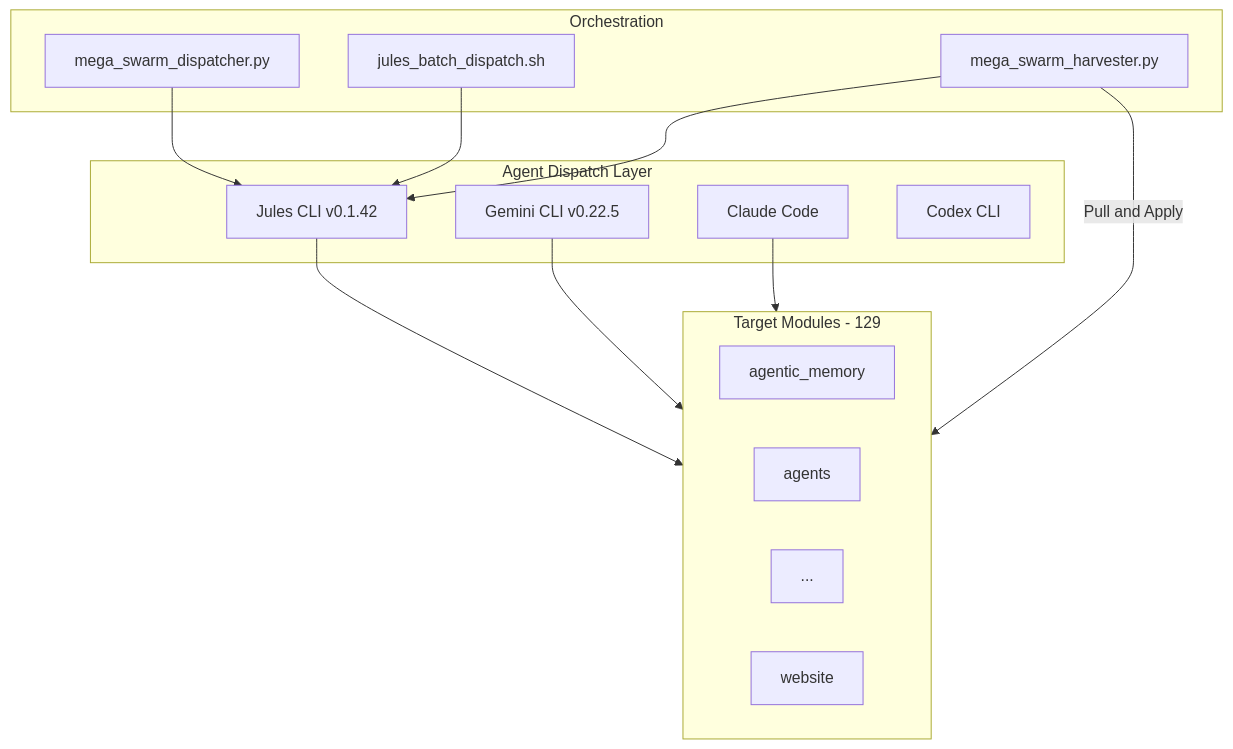
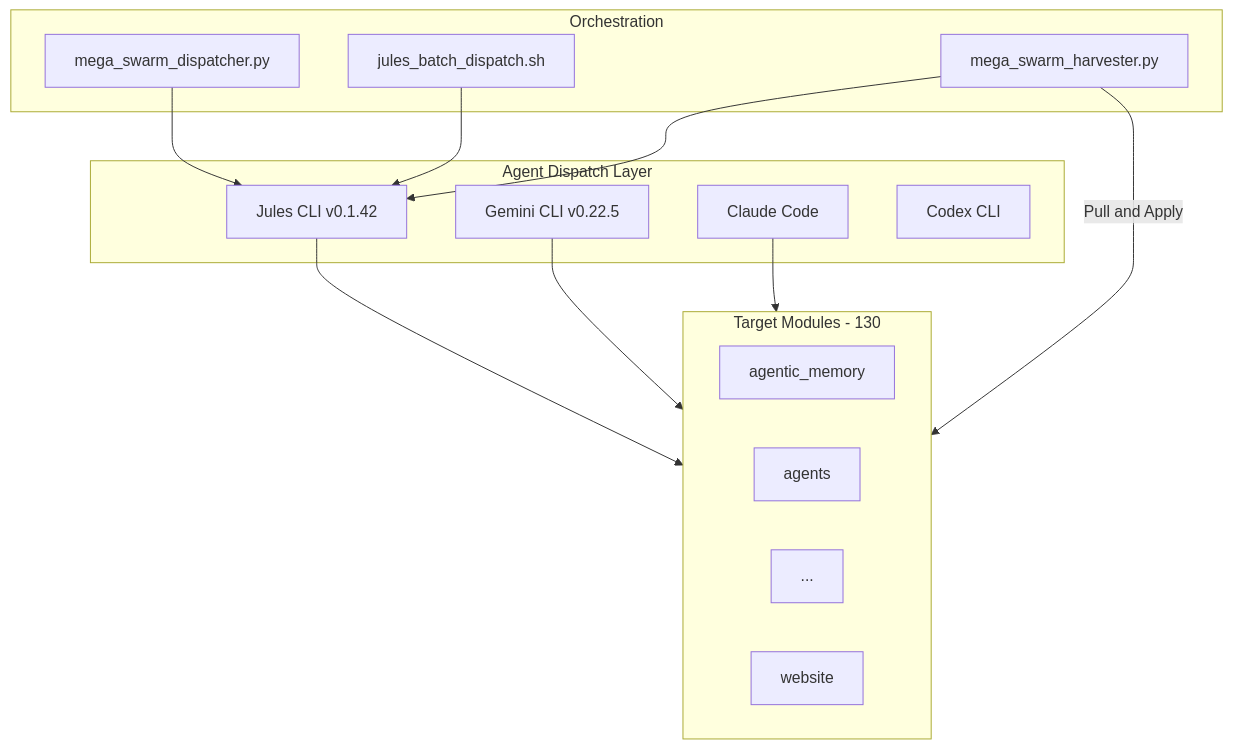
The fourth of 7 diagrams in README.md (docxology/codomyrmex), drawn with Mermaid before and after one commit. The commit also changed other lines of this file and 852 other files, not shown here.

````diff
--- a/README.md
+++ b/README.md
@@ -586,30 +586,30 @@
 ```mermaid
 graph TD
     subgraph Dispatch["Agent Dispatch Layer"]
         Jules["Jules CLI v0.1.42"]
         GeminiCLI["Gemini CLI v0.22.5"]
         Claude["Claude Code"]
         Codex["Codex CLI"]
     end
 
     subgraph Orchestration["Orchestration"]
         BatchDispatch["jules_batch_dispatch.sh"]
         MegaSwarm["mega_swarm_dispatcher.py"]
         Harvester["mega_swarm_harvester.py"]
     end
 
-    subgraph Targets["Target Modules - 129"]
+    subgraph Targets["Target Modules - 130"]
         M1["agentic_memory"]
         M2["agents"]
         Mdots["..."]
         M95["website"]
     end
 
     MegaSwarm --> Jules
     BatchDispatch --> Jules
     Jules --> Targets
     GeminiCLI --> Targets
     Claude --> Targets
     Harvester --> Jules
     Harvester -->|"Pull and Apply"| Targets
 ```
````
